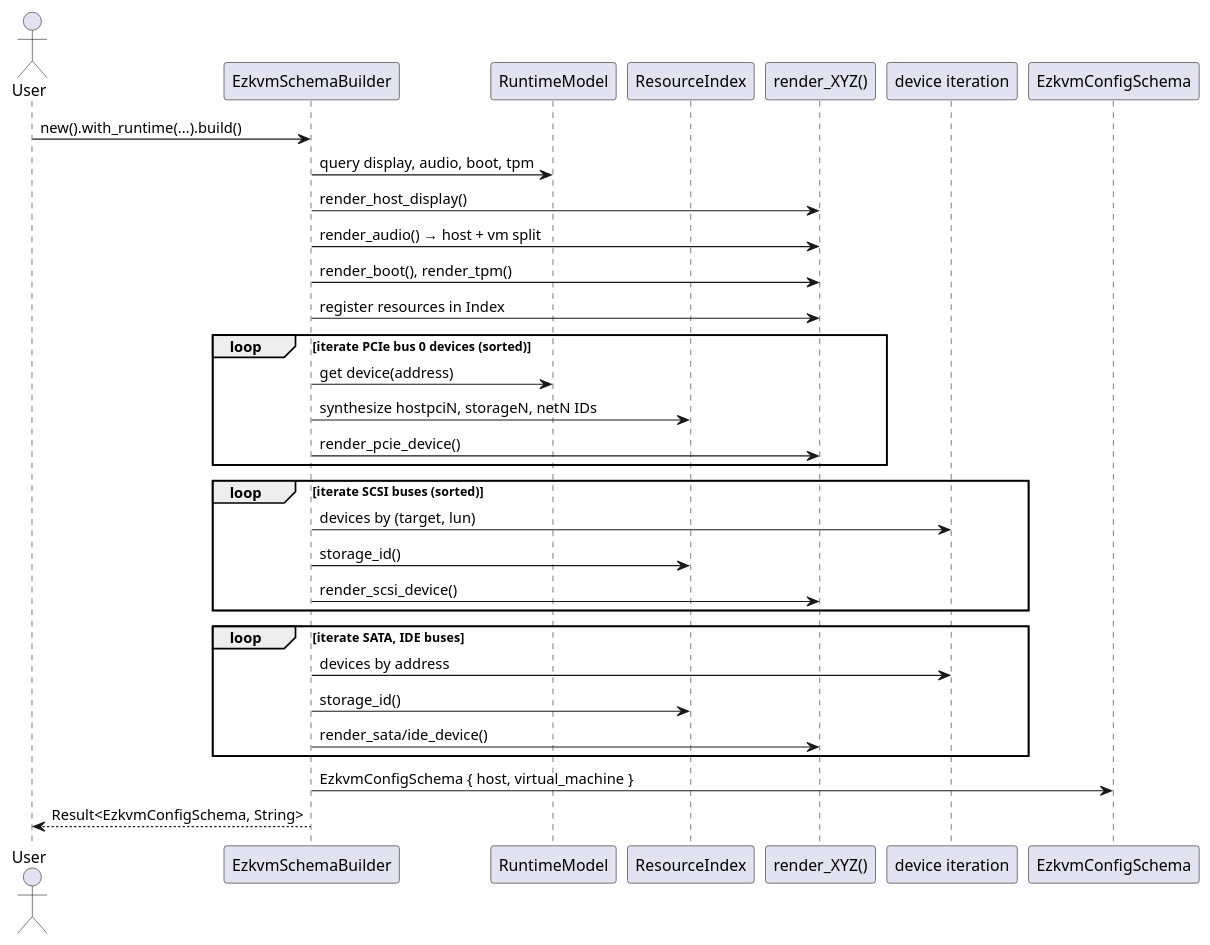
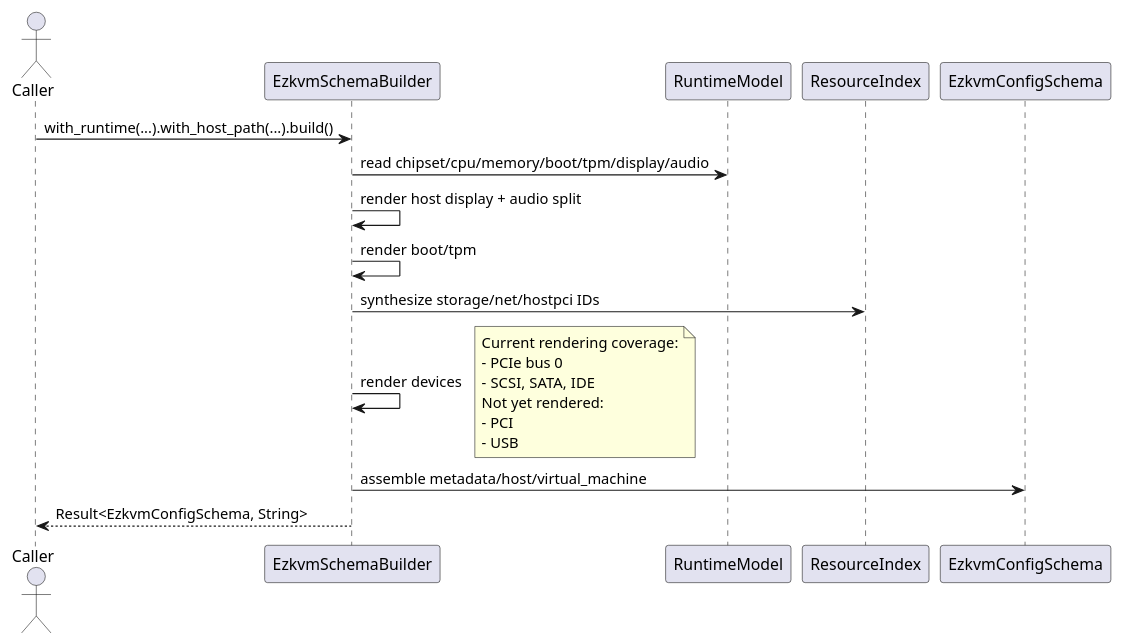
The third of 3 diagrams in src/config_format/ezkvm/README.md (hurenkam/ezkvm), drawn with PlantUML before and after one commit. The commit also changed other lines of this file and 31 other files, not shown here.

````diff
--- a/src/config_format/ezkvm/README.md
+++ b/src/config_format/ezkvm/README.md
@@ -310,35 +234,26 @@
 ```plantuml
 @startuml
-actor User
+actor Caller
 participant "EzkvmSchemaBuilder" as Builder
 participant "RuntimeModel" as Runtime
 participant "ResourceIndex" as Index
-participant "render_XYZ()" as Renderers
-participant "device iteration" as Iteration
 participant "EzkvmConfigSchema" as Schema
 
-User -> Builder : new().with_runtime(...).build()
-Builder -> Runtime : query display, audio, boot, tpm
-Builder -> Renderers : render_host_display()
-Builder -> Renderers : render_audio() → host + vm split
-Builder -> Renderers : render_boot(), render_tpm()
-Builder -> Renderers : register resources in Index
-loop iterate PCIe bus 0 devices (sorted)
-  Builder -> Runtime : get device(address)
-  Builder -> Index : synthesize hostpciN, storageN, netN IDs
-  Builder -> Renderers : render_pcie_device()
-end
-loop iterate SCSI buses (sorted)
-  Builder -> Iteration : devices by (target, lun)
-  Builder -> Index : storage_id()
-  Builder -> Renderers : render_scsi_device()
-end
-loop iterate SATA, IDE buses
-  Builder -> Iteration : devices by address
-  Builder -> Index : storage_id()
-  Builder -> Renderers : render_sata/ide_device()
-end
-Builder -> Schema : EzkvmConfigSchema { host, virtual_machine }
-Builder --> User : Result<EzkvmConfigSchema, String>
+Caller -> Builder : with_runtime(...).with_host_path(...).build()
+Builder -> Runtime : read chipset/cpu/memory/boot/tpm/display/audio
+Builder -> Builder : render host display + audio split
+Builder -> Builder : render boot/tpm
+Builder -> Index : synthesize storage/net/hostpci IDs
+Builder -> Builder : render devices
+note right
+Current rendering coverage:
+- PCIe bus 0
+- SCSI, SATA, IDE
+Not yet rendered:
+- PCI
+- USB
+end note
+Builder -> Schema : assemble metadata/host/virtual_machine
+Builder --> Caller : Result<EzkvmConfigSchema, String>
 @enduml
 ```
````
